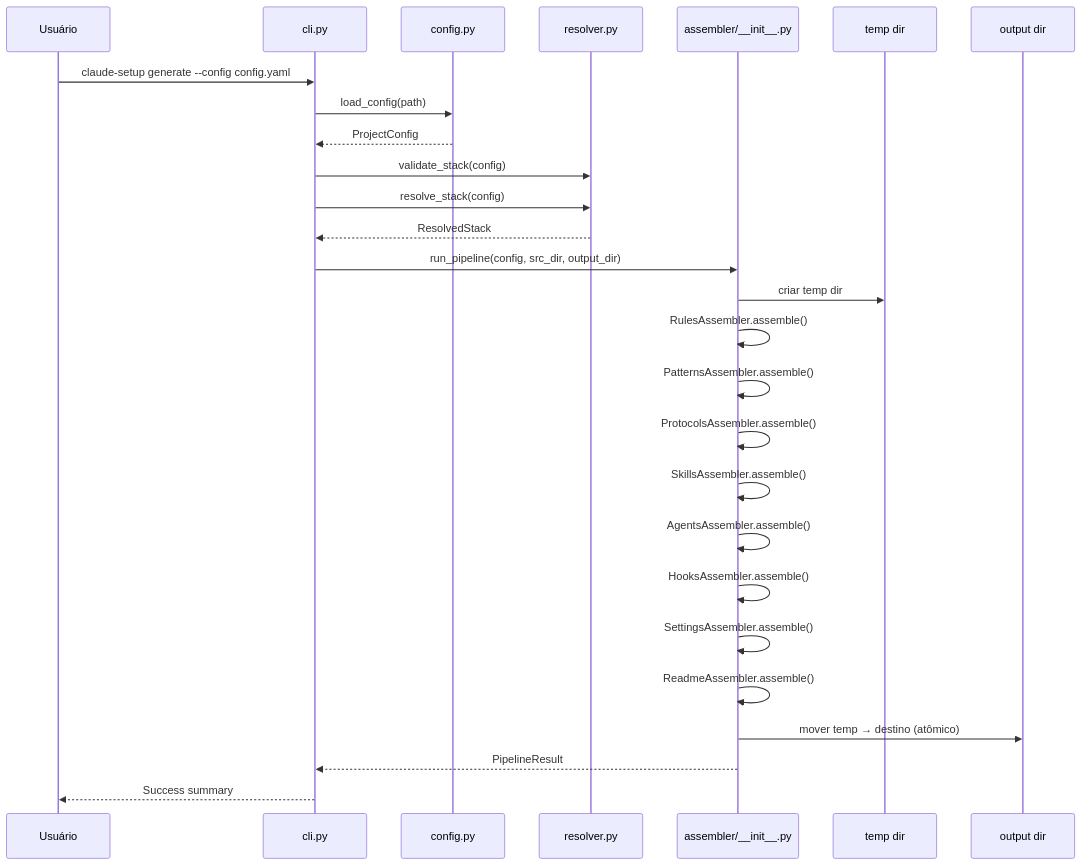
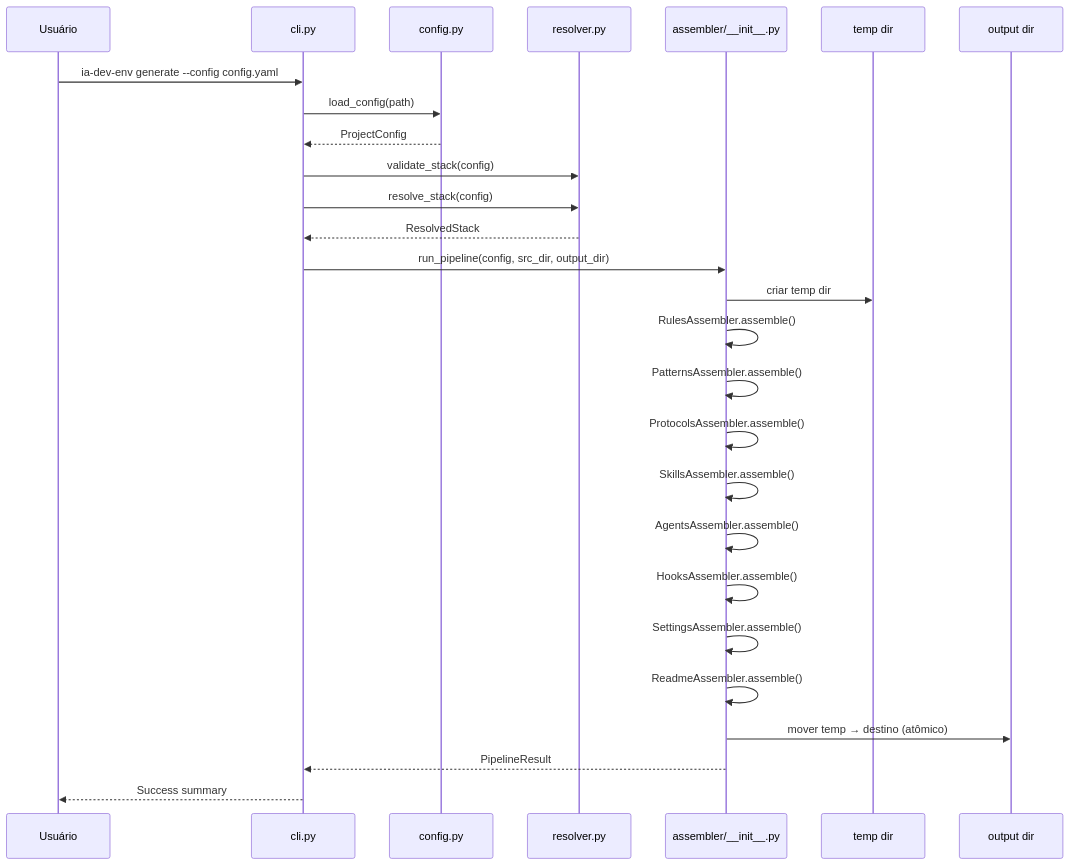
The diagram in docs/stories/claude-setup-python/STORY_STORY-009_CLI-Pipeline.md (edercnj/ia-dev-environment), drawn with Mermaid before and after one commit. The commit also changed other lines of this file and 196 other files, not shown here.

First line of the commit message:
refactor: rename internal Python package from claude_setup to ia_dev_env

````diff
--- a/docs/stories/claude-setup-python/STORY_STORY-009_CLI-Pipeline.md
+++ b/docs/stories/claude-setup-python/STORY_STORY-009_CLI-Pipeline.md
@@ -101,30 +101,30 @@
 ```mermaid
 sequenceDiagram
     participant USR as Usuário
     participant CLI as cli.py
     participant CFG as config.py
     participant RES as resolver.py
     participant PIP as assembler/__init__.py
     participant TMP as temp dir
     participant DST as output dir
 
-    USR->>CLI: claude-setup generate --config config.yaml
+    USR->>CLI: ia-dev-env generate --config config.yaml
     CLI->>CFG: load_config(path)
     CFG-->>CLI: ProjectConfig
     CLI->>RES: validate_stack(config)
     CLI->>RES: resolve_stack(config)
     RES-->>CLI: ResolvedStack
     CLI->>PIP: run_pipeline(config, src_dir, output_dir)
     PIP->>TMP: criar temp dir
     PIP->>PIP: RulesAssembler.assemble()
     PIP->>PIP: PatternsAssembler.assemble()
     PIP->>PIP: ProtocolsAssembler.assemble()
     PIP->>PIP: SkillsAssembler.assemble()
     PIP->>PIP: AgentsAssembler.assemble()
     PIP->>PIP: HooksAssembler.assemble()
     PIP->>PIP: SettingsAssembler.assemble()
     PIP->>PIP: ReadmeAssembler.assemble()
     PIP->>DST: mover temp → destino (atômico)
     PIP-->>CLI: PipelineResult
     CLI-->>USR: Success summary
 ```
````
